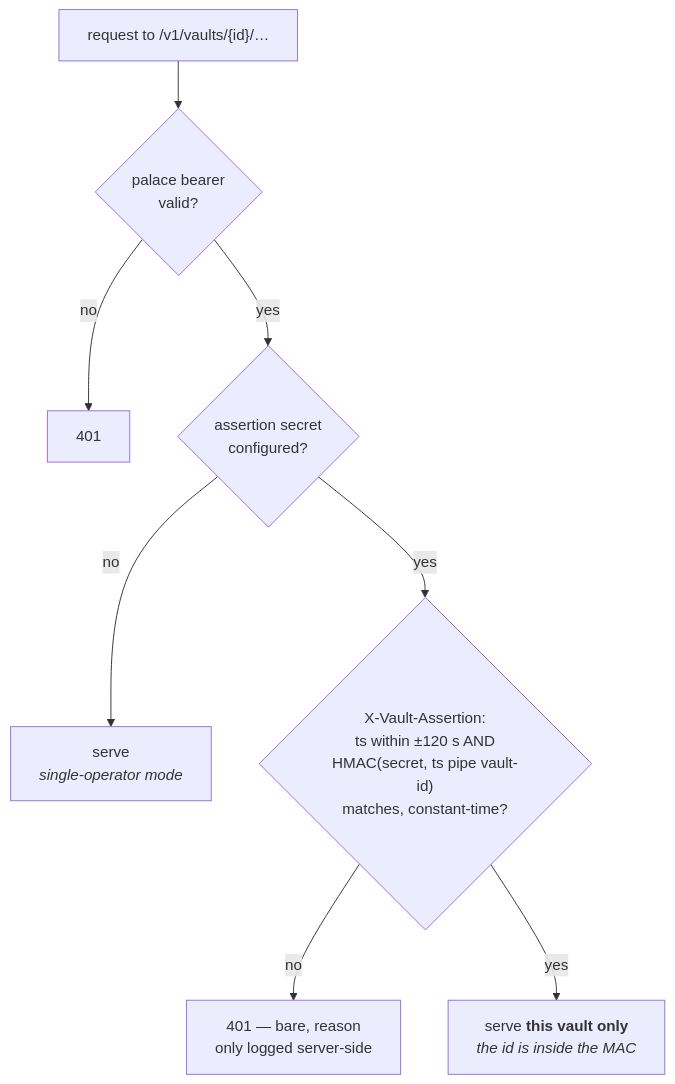
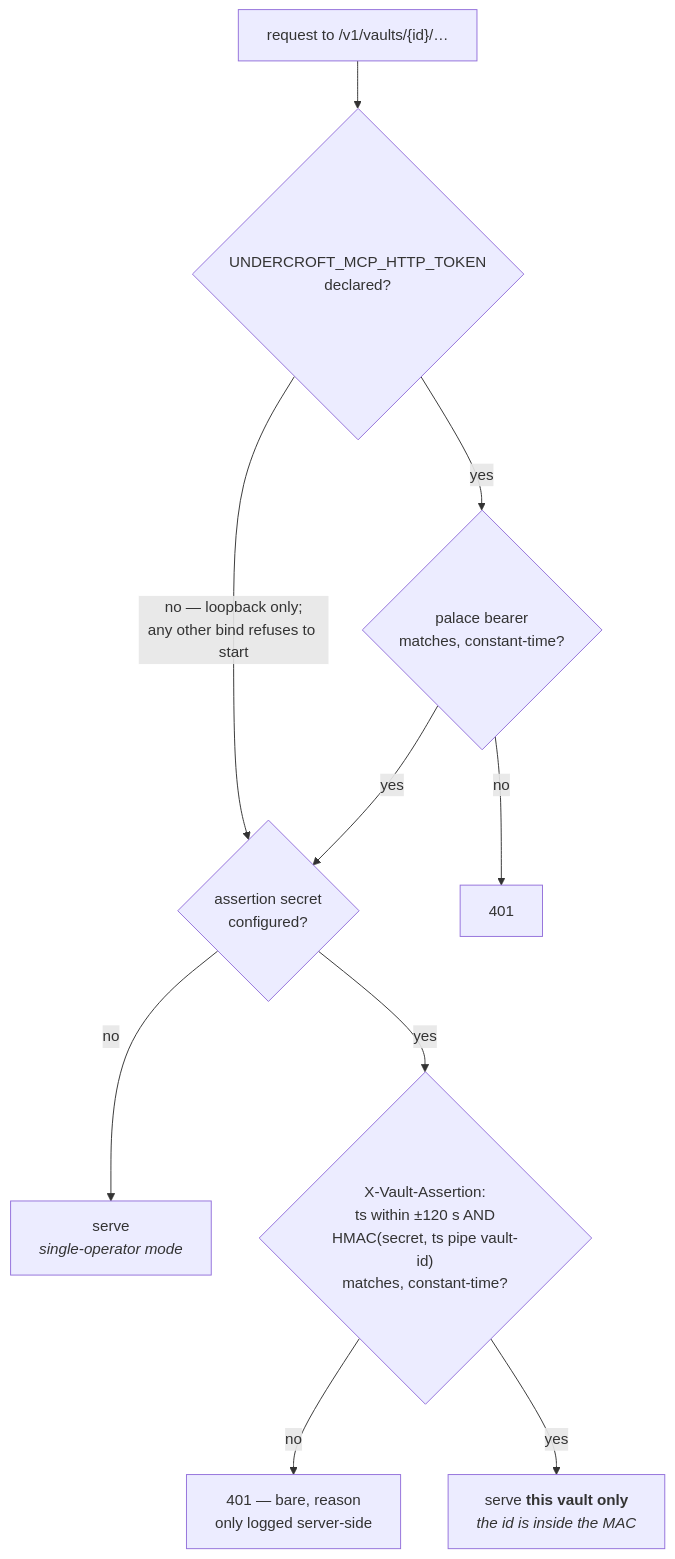
The third of 3 diagrams in docs/security.md (sealcroft/undercroft), drawn with Mermaid before and after one commit. The commit also changed other lines of this file and 78 other files, not shown here.

First line of the commit message:
the three diagram sets described a different engine — audited against the code, corrected, and ten views added

````diff
--- a/docs/security.md
+++ b/docs/security.md
@@ -165,10 +170,12 @@
 ```mermaid
 flowchart TB
-    req["request to /v1/vaults/{id}/…"] --> b{"palace bearer<br/>valid?"}
+    req["request to /v1/vaults/{id}/…"] --> t{"UNDERCROFT_MCP_HTTP_TOKEN<br/>declared?"}
+    t -- "no — loopback only;<br/>any other bind refuses to start" --> a
+    t -- yes --> b{"palace bearer<br/>matches, constant-time?"}
     b -- no --> r401a["401"]
     b -- yes --> a{"assertion secret<br/>configured?"}
     a -- no --> serve["serve<br/><i>single-operator mode</i>"]
     a -- yes --> m{"X-Vault-Assertion:<br/>ts within ±120 s AND<br/>HMAC(secret, ts pipe vault-id)<br/>matches, constant-time?"}
     m -- no --> r401b["401 — bare, reason<br/>only logged server-side"]
     m -- yes --> serve2["serve <b>this vault only</b><br/><i>the id is inside the MAC</i>"]
 ```
````
